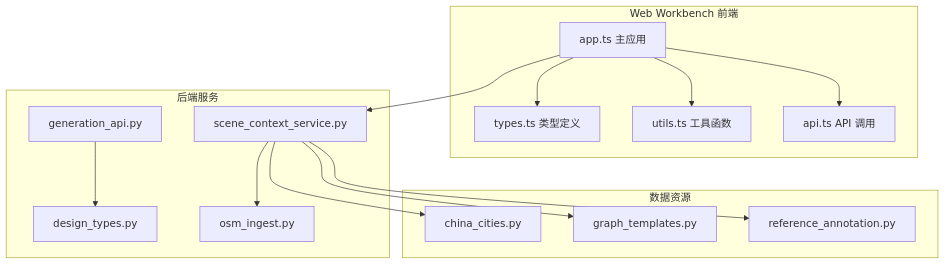
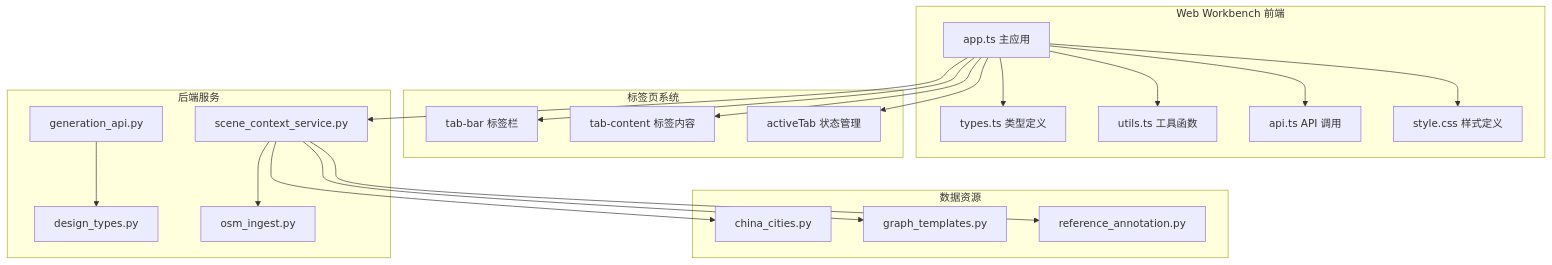
The third of 15 diagrams in .qoder/repowiki/zh/content/Web界面系统/工作台界面/场景设置面板.md (wsqstar/RoadGen3D), drawn with Mermaid before and after one commit. The commit also changed other lines of this file and 8 other files, not shown here.

First line of the commit message:
feat(tab-system): integrate conversation and scene jobs tabs into layout

````diff
--- a/.qoder/repowiki/zh/content/Web界面系统/工作台界面/场景设置面板.md
+++ b/.qoder/repowiki/zh/content/Web界面系统/工作台界面/场景设置面板.md
@@ -39,29 +98,39 @@
 ```mermaid
 graph TB
 subgraph "Web Workbench 前端"
 A[app.ts 主应用]
 B[types.ts 类型定义]
 C[utils.ts 工具函数]
 D[api.ts API 调用]
+E[style.css 样式定义]
+end
+subgraph "标签页系统"
+F[tab-bar 标签栏]
+G[tab-content 标签内容]
+H[activeTab 状态管理]
 end
 subgraph "后端服务"
-E[scene_context_service.py]
-F[generation_api.py]
-G[design_types.py]
-H[osm_ingest.py]
+I[scene_context_service.py]
+J[generation_api.py]
+K[design_types.py]
+L[osm_ingest.py]
 end
 subgraph "数据资源"
-I[china_cities.py]
-J[graph_templates.py]
-K[reference_annotation.py]
+M[china_cities.py]
+N[graph_templates.py]
+O[reference_annotation.py]
 end
 A --> B
 A --> C
 A --> D
 A --> E
-E --> H
-E --> I
-E --> J
-E --> K
-F --> G
+A --> F
+A --> G
+A --> H
+A --> I
+I --> L
+I --> M
+I --> N
+I --> O
+J --> K
 ```
````
